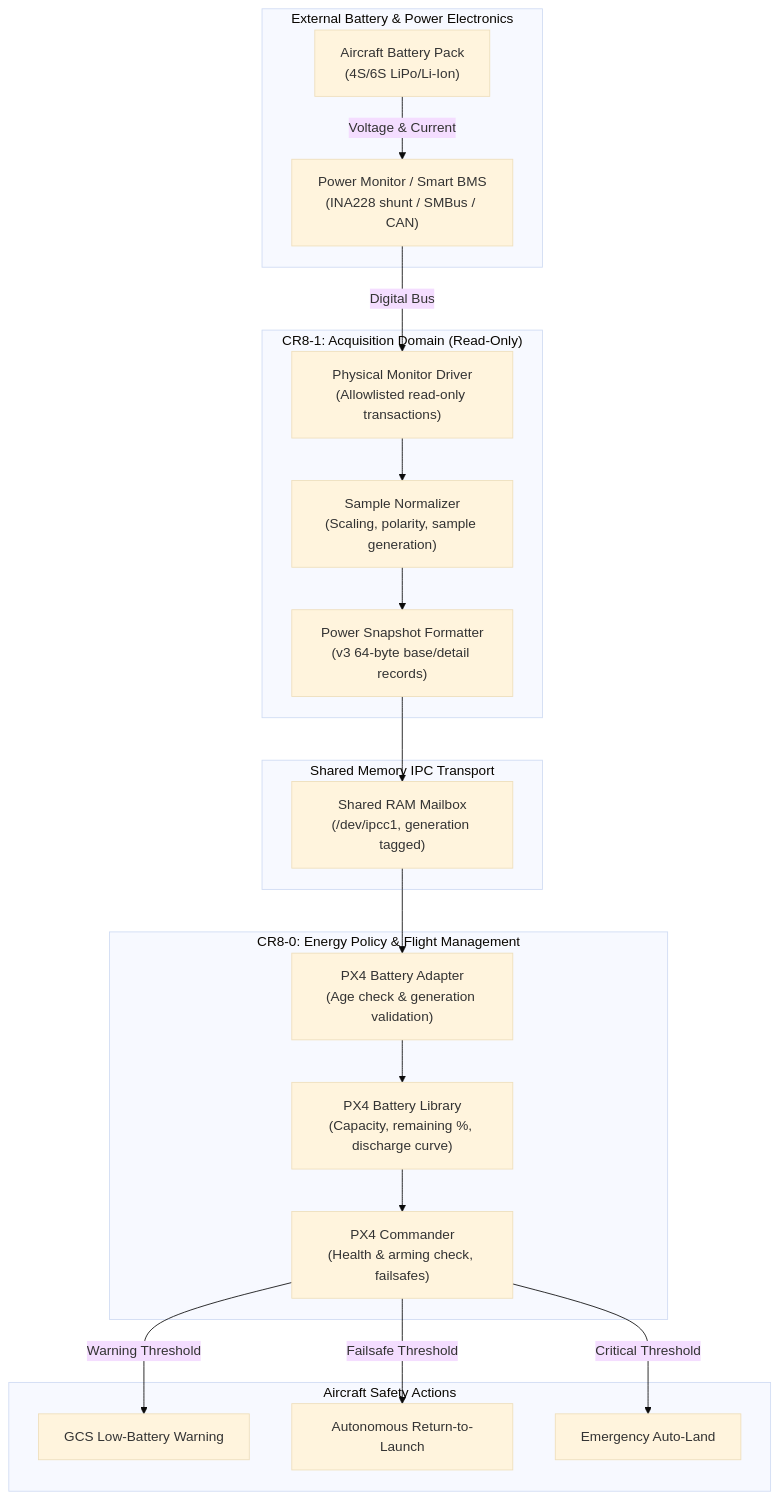
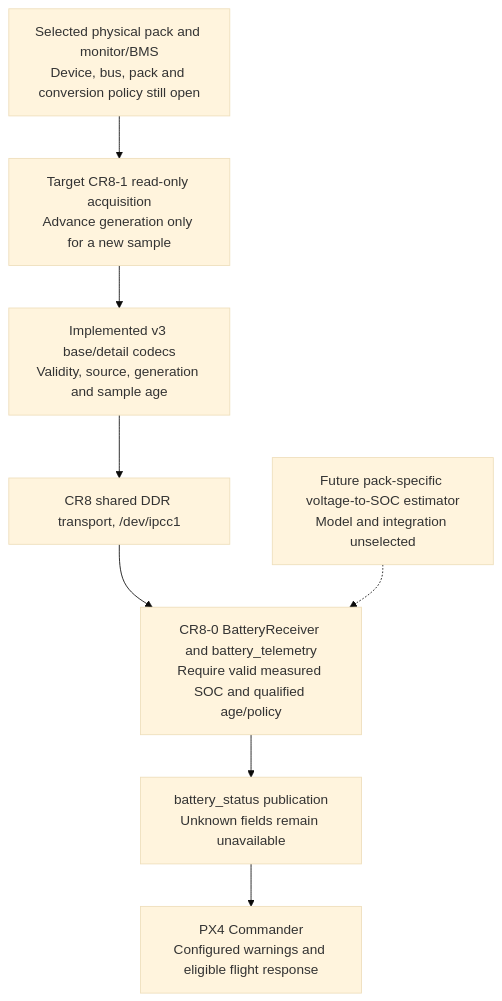
One commit to nguyentri/PX4-Autopilot changed the first of 3 diagrams in docs/renesas/marketing/rzv2h-demo-battery-power-spec.md. Above: the diagram before and after it, drawn with Mermaid (base theme). The commit also changed other lines of this file and 14 other files, not shown here.

````diff
--- a/docs/renesas/marketing/rzv2h-demo-battery-power-spec.md
+++ b/docs/renesas/marketing/rzv2h-demo-battery-power-spec.md
@@ -36,43 +36,13 @@
 ```mermaid
 flowchart TD
-    subgraph HW["External Battery & Power Electronics"]
-        Pack["Aircraft Battery Pack<br/>(4S/6S LiPo/Li-Ion)"]
-        Sensor["Power Monitor / Smart BMS<br/>(INA228 shunt / SMBus / CAN)"]
-        Pack -->|Voltage & Current| Sensor
-    end
-
-    subgraph CR8_1["CR8-1: Acquisition Domain (Read-Only)"]
-        Driver["Physical Monitor Driver<br/>(Allowlisted read-only transactions)"]
-        Normalizer["Sample Normalizer<br/>(Scaling, polarity, sample generation)"]
-        PackRecord["Power Snapshot Formatter<br/>(v3 64-byte base/detail records)"]
-
-        Sensor -->|Digital Bus| Driver
-        Driver --> Normalizer
-        Normalizer --> PackRecord
-    end
-
-    subgraph IPC["Shared Memory IPC Transport"]
-        Buffer["Shared RAM Mailbox<br/>(/dev/ipcc1, generation tagged)"]
-        PackRecord --> Buffer
-    end
-
-    subgraph CR8_0["CR8-0: Energy Policy & Flight Management"]
-        Adapter["PX4 Battery Adapter<br/>(Age check & generation validation)"]
-        PX4Batt["PX4 Battery Library<br/>(Capacity, remaining %, discharge curve)"]
-        Commander["PX4 Commander<br/>(Health & arming check, failsafes)"]
-
-        Buffer --> Adapter
-        Adapter --> PX4Batt
-        PX4Batt --> Commander
-    end
-
-    subgraph Actions["Aircraft Safety Actions"]
-        Warn["GCS Low-Battery Warning"]
-        RTL["Autonomous Return-to-Launch"]
-        Land["Emergency Auto-Land"]
-
-        Commander -->|Warning Threshold| Warn
-        Commander -->|Failsafe Threshold| RTL
-        Commander -->|Critical Threshold| Land
-    end
+    Source["Selected physical pack and monitor/BMS<br/>Device, bus, pack and conversion policy still open"]
+    Acquisition["Target CR8-1 read-only acquisition<br/>Advance generation only for a new sample"]
+    Records["Implemented v3 base/detail codecs<br/>Validity, source, generation and sample age"]
+    DDR["CR8 shared DDR transport, /dev/ipcc1"]
+    Receiver["CR8-0 BatteryReceiver and battery_telemetry<br/>Require valid measured SOC and qualified age/policy"]
+    Status["battery_status publication<br/>Unknown fields remain unavailable"]
+    Commander["PX4 Commander<br/>Configured warnings and eligible flight response"]
+    Estimator["Future pack-specific voltage-to-SOC estimator<br/>Model and integration unselected"]
+    Source --> Acquisition --> Records --> DDR --> Receiver --> Status --> Commander
+    Estimator -.-> Receiver
 ```
````
